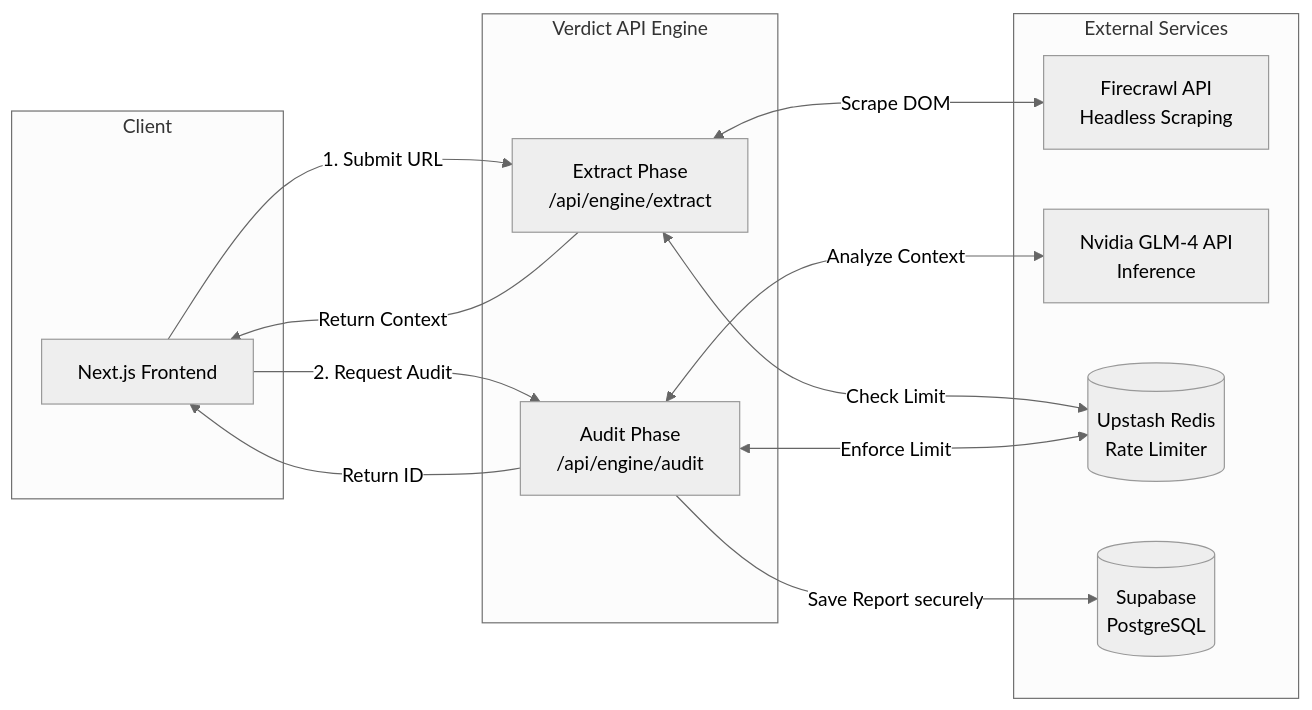
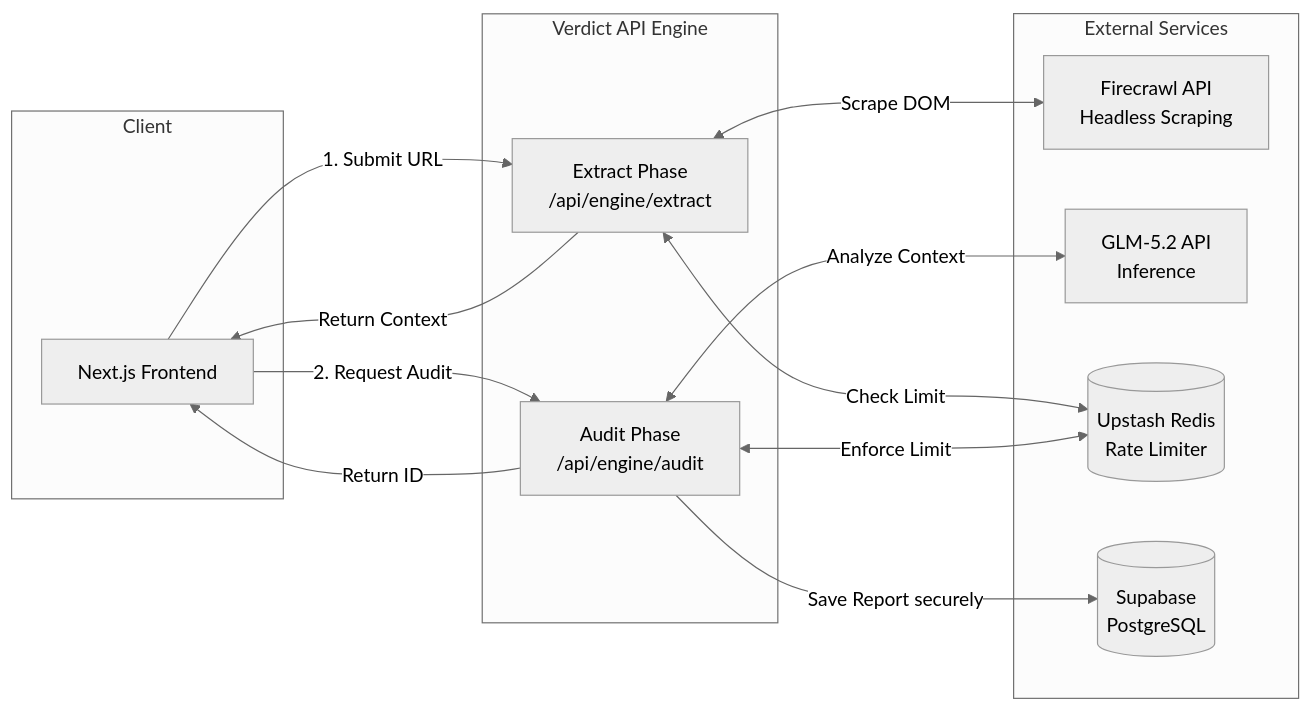
The diagram in README.md (eugenennamdi/verdict), drawn with Mermaid (neutral theme) before and after one commit. The commit also changed other lines of this file, not shown here.

````diff
--- a/README.md
+++ b/README.md
@@ -41,29 +45,29 @@
 ```mermaid
 flowchart LR
   subgraph Client
     A[Next.js Frontend]
   end
 
   subgraph Verdict API Engine
     B[Extract Phase<br/>/api/engine/extract]
     C[Audit Phase<br/>/api/engine/audit]
   end
 
   subgraph External Services
     D[Firecrawl API<br/>Headless Scraping]
-    E[Nvidia GLM-4 API<br/>Inference]
+    E[GLM-5.2 API<br/>Inference]
     F[(Upstash Redis<br/>Rate Limiter)]
     G[(Supabase<br/>PostgreSQL)]
   end
 
   A -->|1. Submit URL| B
   B <-->|Scrape DOM| D
   B <-->|Check Limit| F
   B -->|Return Context| A
   
   A -->|2. Request Audit| C
   C <-->|Analyze Context| E
   C <-->|Enforce Limit| F
   C -->|Save Report securely| G
   C -->|Return ID| A
 ```
````
